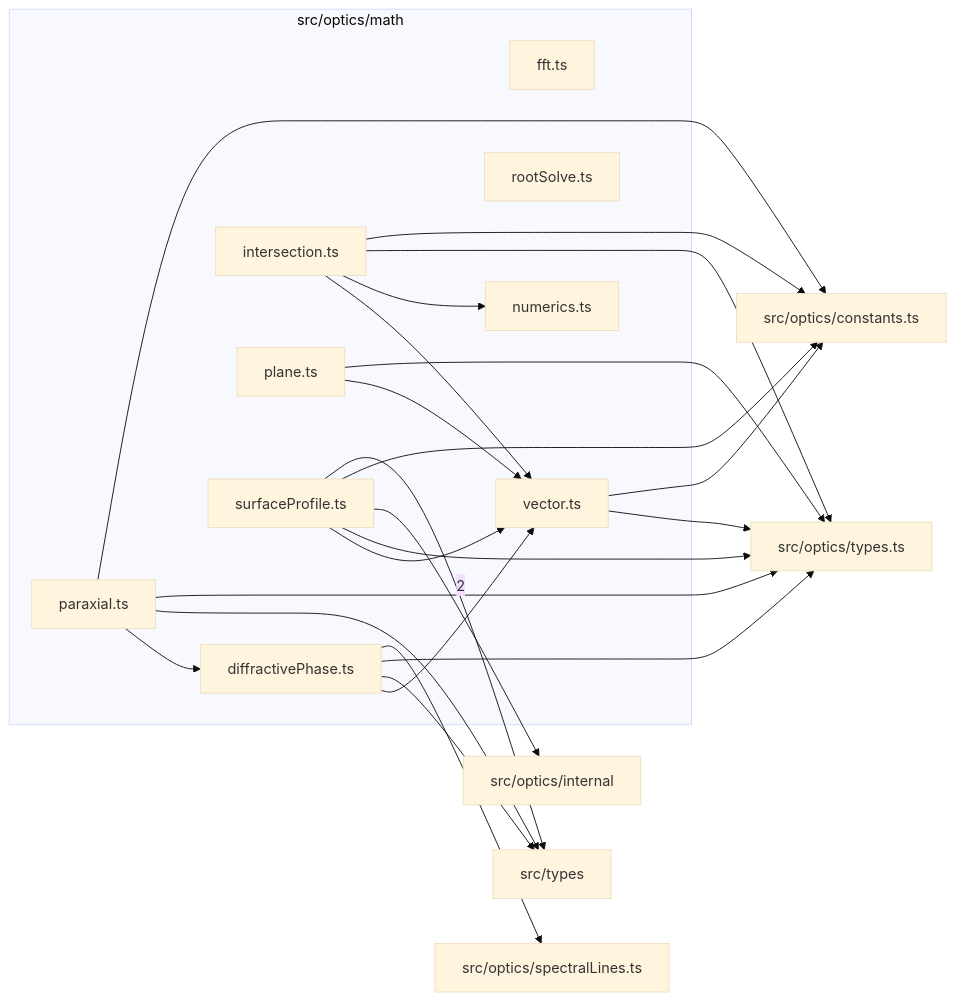
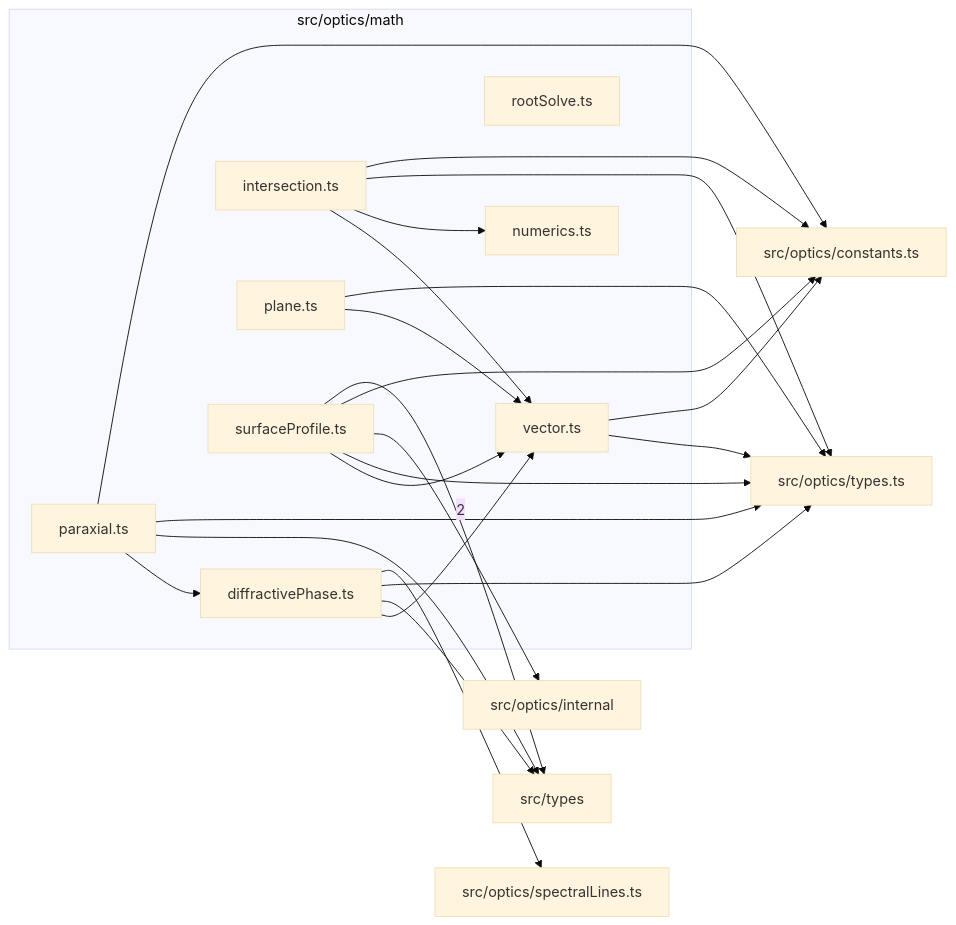
The diagram in src/optics/math/readme.md (BeamFour/LensVisualizer), drawn with Mermaid (base theme) before and after one commit. The commit also changed other lines of this file and 562 other files, not shown here.

````diff
--- a/src/optics/math/readme.md
+++ b/src/optics/math/readme.md
@@ -9,40 +9,39 @@
 ```mermaid
 flowchart LR
   subgraph n_src_optics_math["src/optics/math"]
     n_src_optics_math_src_optics_math_diffractivePhase_ts["diffractivePhase.ts"]
-    n_src_optics_math_src_optics_math_fft_ts["fft.ts"]
     n_src_optics_math_src_optics_math_intersection_ts["intersection.ts"]
     n_src_optics_math_src_optics_math_numerics_ts["numerics.ts"]
     n_src_optics_math_src_optics_math_paraxial_ts["paraxial.ts"]
     n_src_optics_math_src_optics_math_plane_ts["plane.ts"]
     n_src_optics_math_src_optics_math_rootSolve_ts["rootSolve.ts"]
     n_src_optics_math_src_optics_math_surfaceProfile_ts["surfaceProfile.ts"]
     n_src_optics_math_src_optics_math_vector_ts["vector.ts"]
   end
   n_external_src_types["src/types"]
   n_external_src_optics_constants_ts["src/optics/constants.ts"]
   n_external_src_optics_internal["src/optics/internal"]
   n_external_src_optics_spectralLines_ts["src/optics/spectralLines.ts"]
   n_external_src_optics_types_ts["src/optics/types.ts"]
   n_src_optics_math_src_optics_math_surfaceProfile_ts --> |2| n_external_src_types
   n_src_optics_math_src_optics_math_intersection_ts --> n_external_src_optics_constants_ts
   n_src_optics_math_src_optics_math_paraxial_ts --> n_external_src_optics_constants_ts
   n_src_optics_math_src_optics_math_surfaceProfile_ts --> n_external_src_optics_constants_ts
   n_src_optics_math_src_optics_math_vector_ts --> n_external_src_optics_constants_ts
   n_src_optics_math_src_optics_math_surfaceProfile_ts --> n_external_src_optics_internal
   n_src_optics_math_src_optics_math_diffractivePhase_ts --> n_external_src_optics_spectralLines_ts
   n_src_optics_math_src_optics_math_diffractivePhase_ts --> n_external_src_optics_types_ts
   n_src_optics_math_src_optics_math_intersection_ts --> n_external_src_optics_types_ts
   n_src_optics_math_src_optics_math_paraxial_ts --> n_external_src_optics_types_ts
   n_src_optics_math_src_optics_math_plane_ts --> n_external_src_optics_types_ts
   n_src_optics_math_src_optics_math_surfaceProfile_ts --> n_external_src_optics_types_ts
   n_src_optics_math_src_optics_math_vector_ts --> n_external_src_optics_types_ts
   n_src_optics_math_src_optics_math_diffractivePhase_ts --> n_external_src_types
   n_src_optics_math_src_optics_math_paraxial_ts --> n_external_src_types
   n_src_optics_math_src_optics_math_paraxial_ts --> n_src_optics_math_src_optics_math_diffractivePhase_ts
   n_src_optics_math_src_optics_math_intersection_ts --> n_src_optics_math_src_optics_math_numerics_ts
   n_src_optics_math_src_optics_math_diffractivePhase_ts --> n_src_optics_math_src_optics_math_vector_ts
   n_src_optics_math_src_optics_math_intersection_ts --> n_src_optics_math_src_optics_math_vector_ts
   n_src_optics_math_src_optics_math_plane_ts --> n_src_optics_math_src_optics_math_vector_ts
   n_src_optics_math_src_optics_math_surfaceProfile_ts --> n_src_optics_math_src_optics_math_vector_ts
 ```
````
